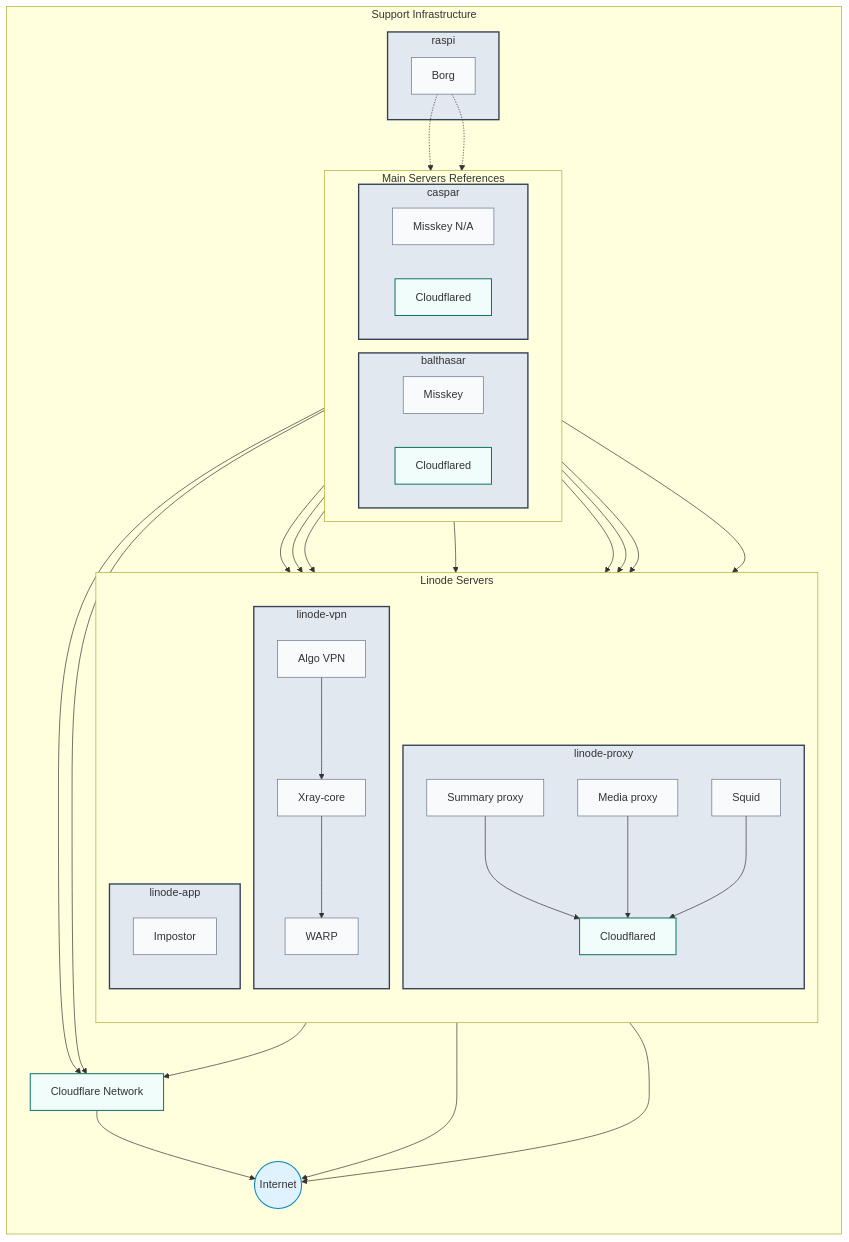
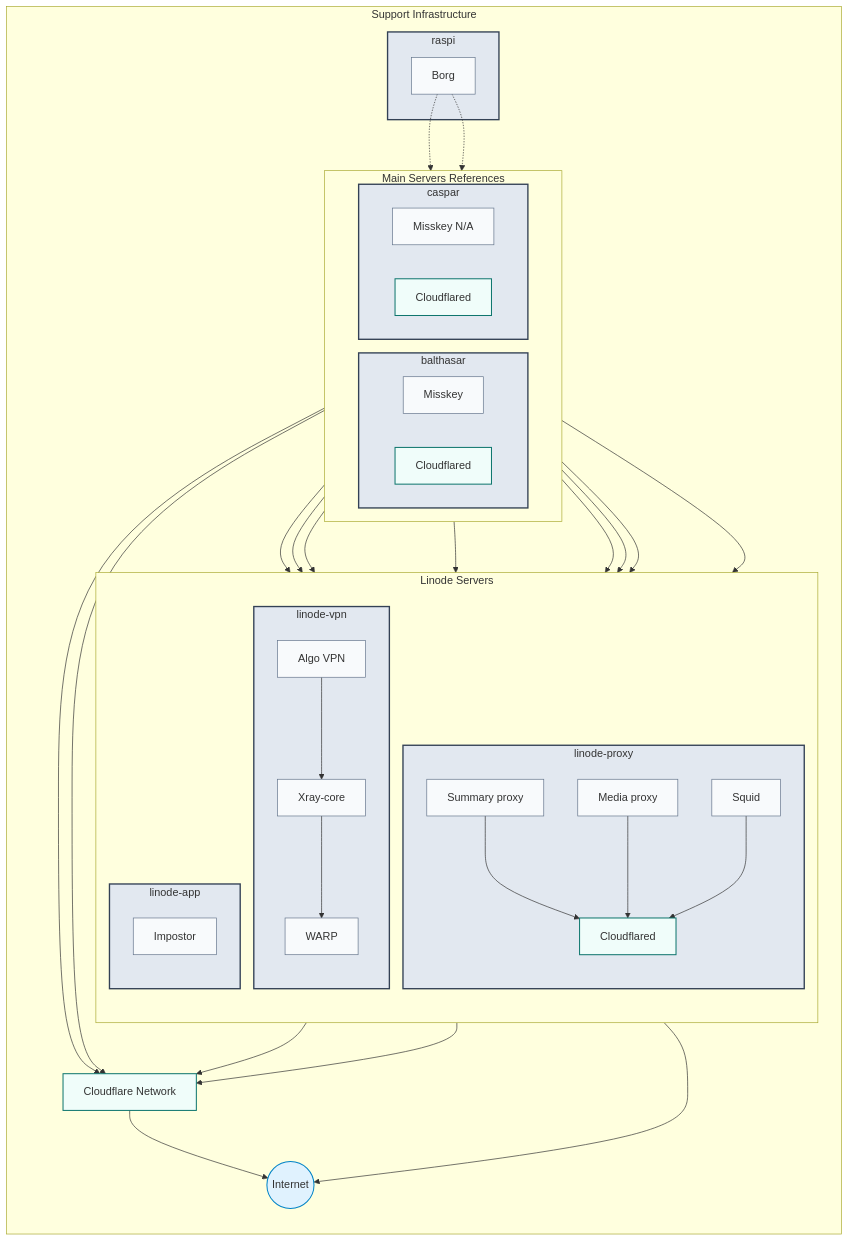
Before and after one commit to yamisskey-dev/hosted-list: the second of 2 diagrams in README.md, drawn with Mermaid.

```diff
--- a/README.md
+++ b/README.md
@@ -182,8 +182,9 @@
 cloudflare_network --> internet
 %% Proxy service connections to Cloudflared
 summaryproxy & mediaproxy & squid --> cloudflared_proxy
+%% WARP goes through Cloudflare Network
+warp --> cloudflare_network
 %% Direct internet connections (non-Cloudflared)
-warp --> internet
 impostor --> internet
 %% Apply styles
 class balthasar,caspar,vpn,proxy,app_server,raspi homeServer
```
